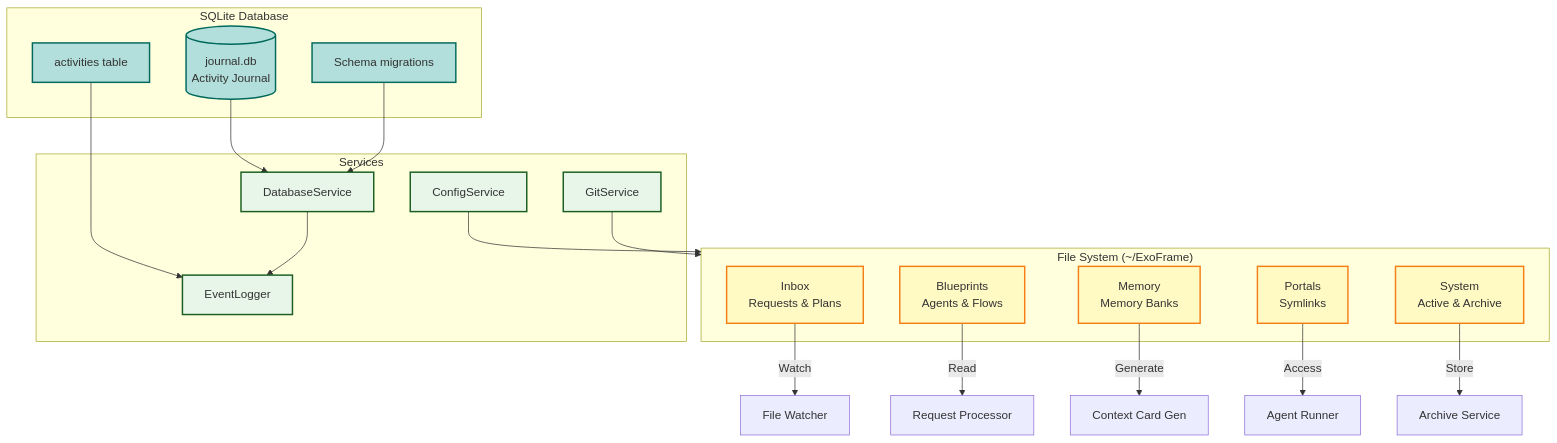
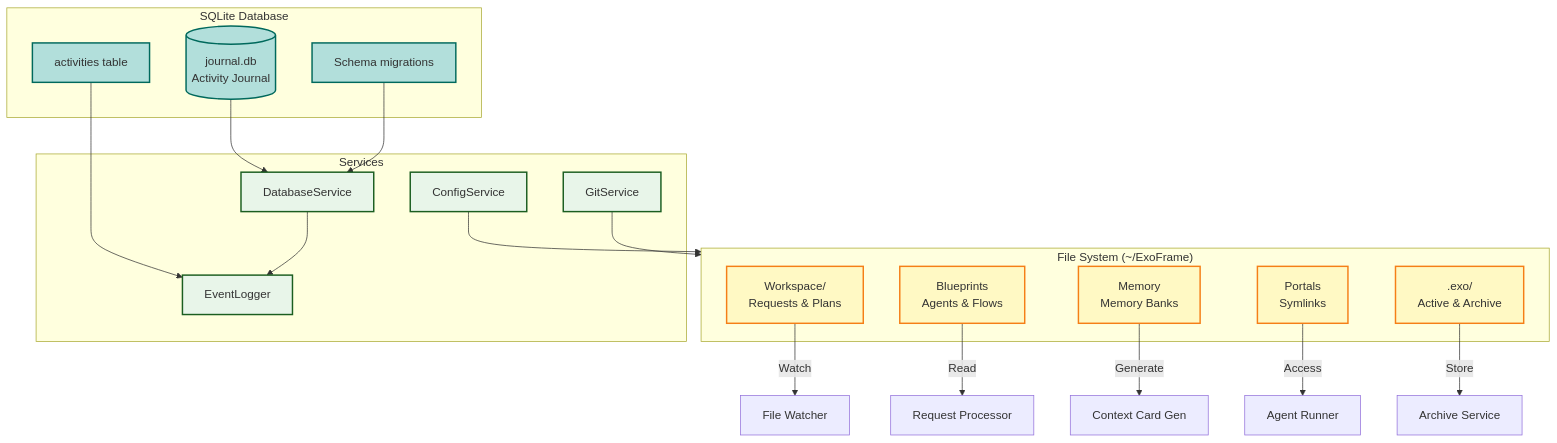
Before and after one commit to dostark/exoframe-public: the tenth of 18 diagrams in docs/ExoFrame_Architecture.md, drawn with Mermaid. The commit also changed other lines of this file and 212 other files, not shown here.

````diff
--- a/docs/ExoFrame_Architecture.md
+++ b/docs/ExoFrame_Architecture.md
@@ -839,45 +841,45 @@
 ```mermaid
 graph TB
     subgraph FileSystem["File System (~/ExoFrame)"]
-        Inbox["Inbox<br/>Requests & Plans"]
+        Workspace["Workspace/<br/>Requests & Plans"]
         Blueprint["Blueprints<br/>Agents & Flows"]
         Memory["Memory<br/>Memory Banks"]
         Portals["Portals<br/>Symlinks"]
-        System["System<br/>Active & Archive"]
+        Runtime[".exo/<br/>Active & Archive"]
     end
 
     subgraph Database["SQLite Database"]
         Journal[("journal.db<br/>Activity Journal")]
         Activities["activities table"]
         Schema["Schema migrations"]
     end
 
     subgraph Services["Services"]
         DB["DatabaseService"]
         Event["EventLogger"]
         Config["ConfigService"]
         Git["GitService"]
     end
 
-    Inbox -->|Watch| Watcher["File Watcher"]
+    Workspace -->|Watch| Watcher["File Watcher"]
     Blueprint -->|Read| ReqProc["Request Processor"]
     Memory -->|Generate| CtxCard["Context Card Gen"]
     Portals -->|Access| AgentRun["Agent Runner"]
-    System -->|Store| Archive["Archive Service"]
+    Runtime -->|Store| Archive["Archive Service"]
 
     Journal --> DB
     Activities --> Event
     Schema --> DB
 
     DB --> Event
     Config --> FileSystem
     Git --> FileSystem
 
     classDef storage fill:#fff9c4,stroke:#f57f17,stroke-width:2px
     classDef db fill:#b2dfdb,stroke:#00695c,stroke-width:2px
     classDef service fill:#e8f5e9,stroke:#1b5e20,stroke-width:2px
 
-    class Inbox,Blueprint,Memory,Portals,System storage
+    class Workspace,Blueprint,Memory,Portals,Runtime storage
     class Journal,Activities,Schema db
     class DB,Event,Config,Git service
 ```
````
